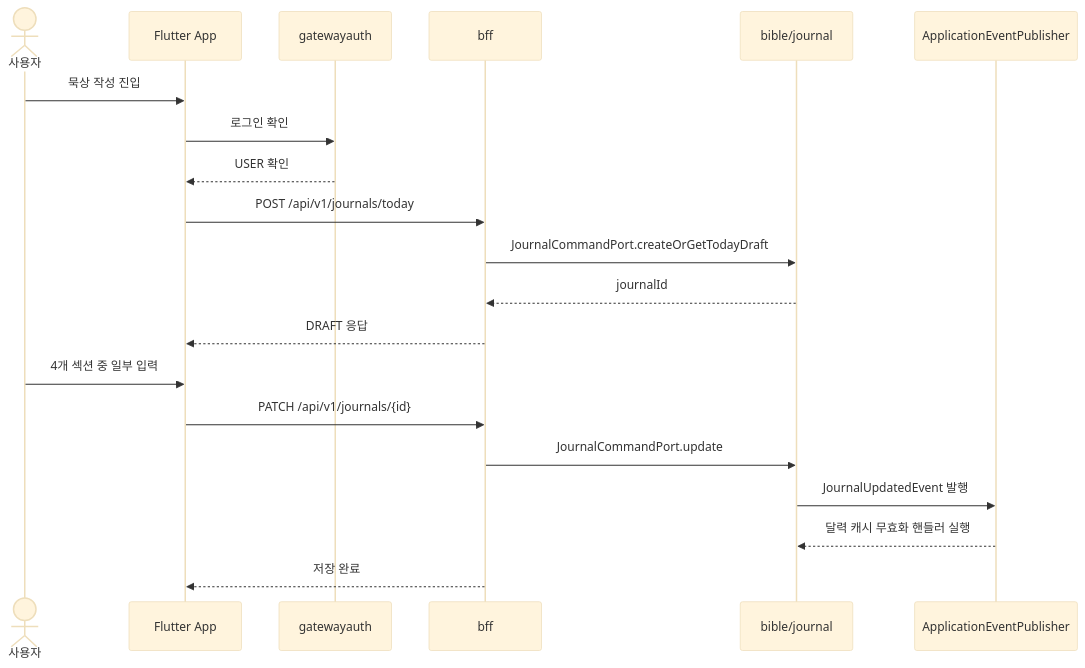
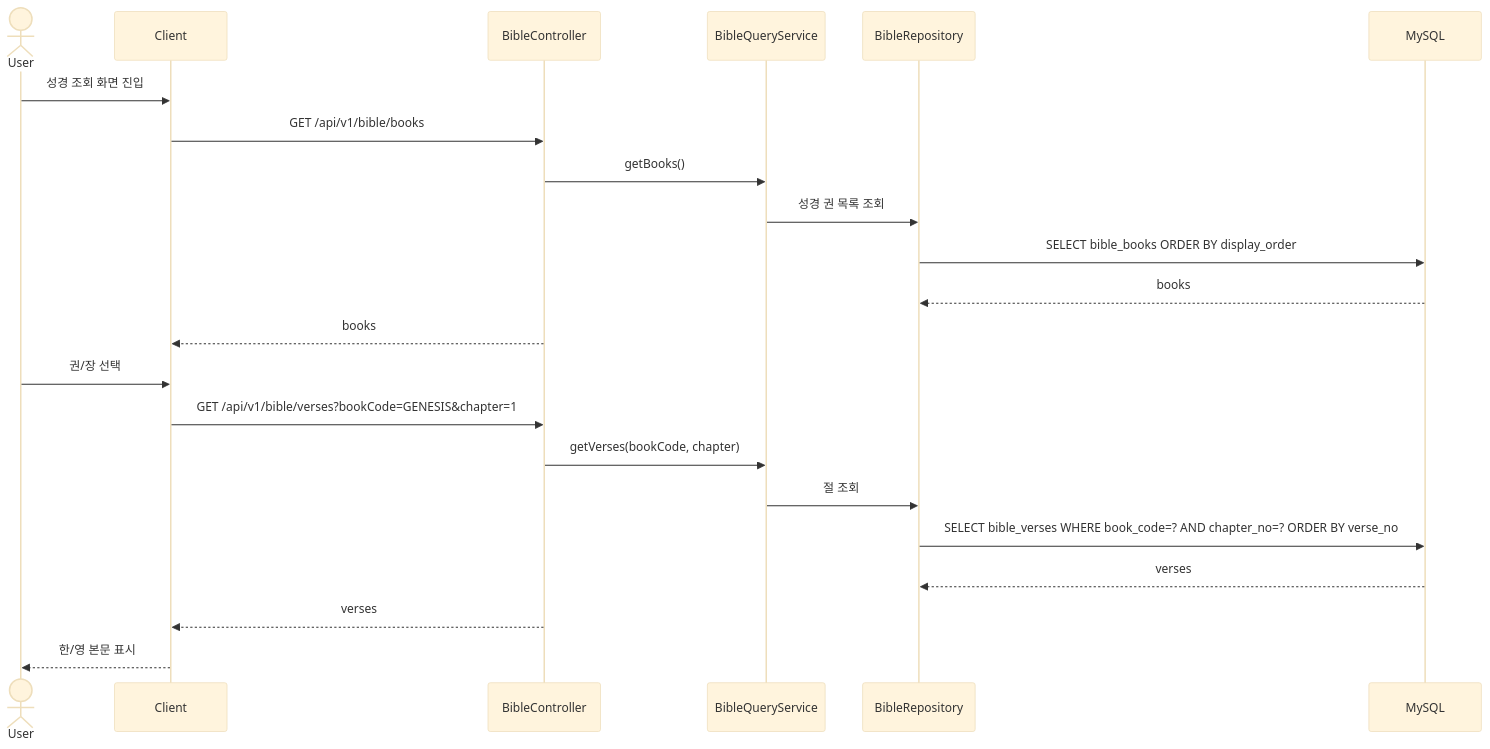
One commit to Tae0072/2nd-Team-Project changed the ninth of 26 diagrams in 05_시퀀스_다이어그램.md. Above: the diagram before and after it, drawn with Mermaid (base theme). The commit also changed other lines of this file and 11 other files, not shown here.

````diff
--- a/05_시퀀스_다이어그램.md
+++ b/05_시퀀스_다이어그램.md
@@ -110,23 +407,25 @@
 ```mermaid
 sequenceDiagram
-    actor User as 사용자
-    participant App as Flutter App
-    participant Auth as gatewayauth
-    participant BFF as bff
-    participant Bible as bible/journal
-    participant Event as ApplicationEventPublisher
+    actor User as User
+    participant Client as Client
+    participant BibleApi as BibleController
+    participant BibleService as BibleQueryService
+    participant Repo as BibleRepository
+    participant MySQL as MySQL
 
-    User->>App: 묵상 작성 진입
-    App->>Auth: 로그인 확인
-    Auth-->>App: USER 확인
-    App->>BFF: POST /api/v1/journals/today
-    BFF->>Bible: JournalCommandPort.createOrGetTodayDraft
-    Bible-->>BFF: journalId
-    BFF-->>App: DRAFT 응답
-    User->>App: 4개 섹션 중 일부 입력
-    App->>BFF: PATCH /api/v1/journals/{id}
-    BFF->>Bible: JournalCommandPort.update
-    Bible->>Event: JournalUpdatedEvent 발행
-    Event-->>Bible: 달력 캐시 무효화 핸들러 실행
-    BFF-->>App: 저장 완료
+    User->>Client: 성경 조회 화면 진입
+    Client->>BibleApi: GET /api/v1/bible/books
+    BibleApi->>BibleService: getBooks()
+    BibleService->>Repo: 성경 권 목록 조회
+    Repo->>MySQL: SELECT bible_books ORDER BY display_order
+    MySQL-->>Repo: books
+    BibleApi-->>Client: books
+    User->>Client: 권/장 선택
+    Client->>BibleApi: GET /api/v1/bible/verses?bookCode=GENESIS&chapter=1
+    BibleApi->>BibleService: getVerses(bookCode, chapter)
+    BibleService->>Repo: 절 조회
+    Repo->>MySQL: SELECT bible_verses WHERE book_code=? AND chapter_no=? ORDER BY verse_no
+    MySQL-->>Repo: verses
+    BibleApi-->>Client: verses
+    Client-->>User: 한/영 본문 표시
 ```
````
